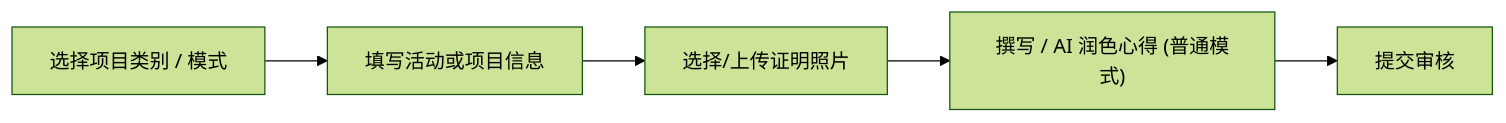
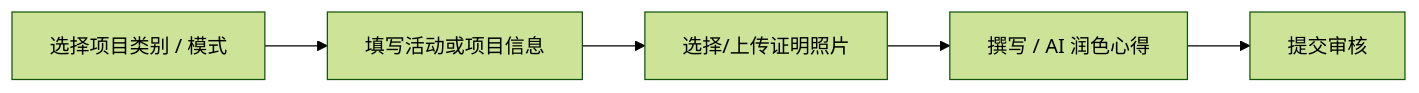
Before and after one commit to BKF521/pgy-docs: the diagram in docs/arp/create-log.md, drawn with Mermaid (forest theme). The commit also changed other lines of this file and 13 other files, not shown here.

````diff
--- a/docs/arp/create-log.md
+++ b/docs/arp/create-log.md
@@ -42,7 +41,7 @@
 ```mermaid
 flowchart LR
     A["选择项目类别 / 模式"] --> B["填写活动或项目信息"]
     B --> C["选择/上传证明照片"]
-    C --> D["撰写 / AI 润色心得 (普通模式)"]
+    C --> D["撰写 / AI 润色心得"]
     D --> E["提交审核"]
 ```
````
